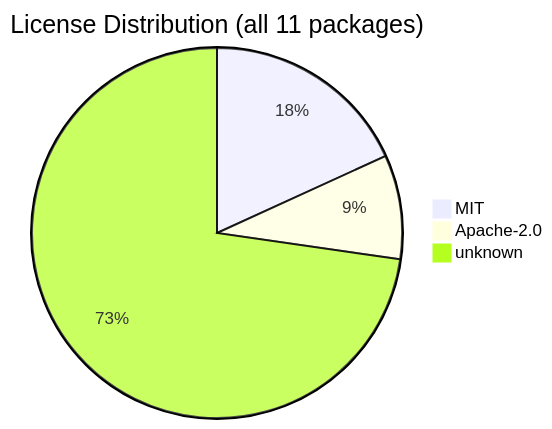
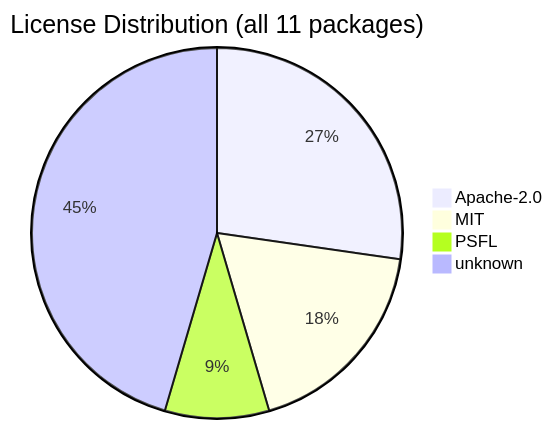
The diagram in .shipwright/compliance/sbom.md (svenroth-ai/shipwright), drawn with Mermaid before and after one commit. The commit also changed other lines of this file and 42 other files, not shown here.

````diff
--- a/.shipwright/compliance/sbom.md
+++ b/.shipwright/compliance/sbom.md
@@ -18,6 +18,7 @@
 ```mermaid
 pie title License Distribution (all 11 packages)
+    "Apache-2.0" : 3
     "MIT" : 2
-    "Apache-2.0" : 1
-    "unknown" : 8
+    "PSFL" : 1
+    "unknown" : 5
 ```
````
